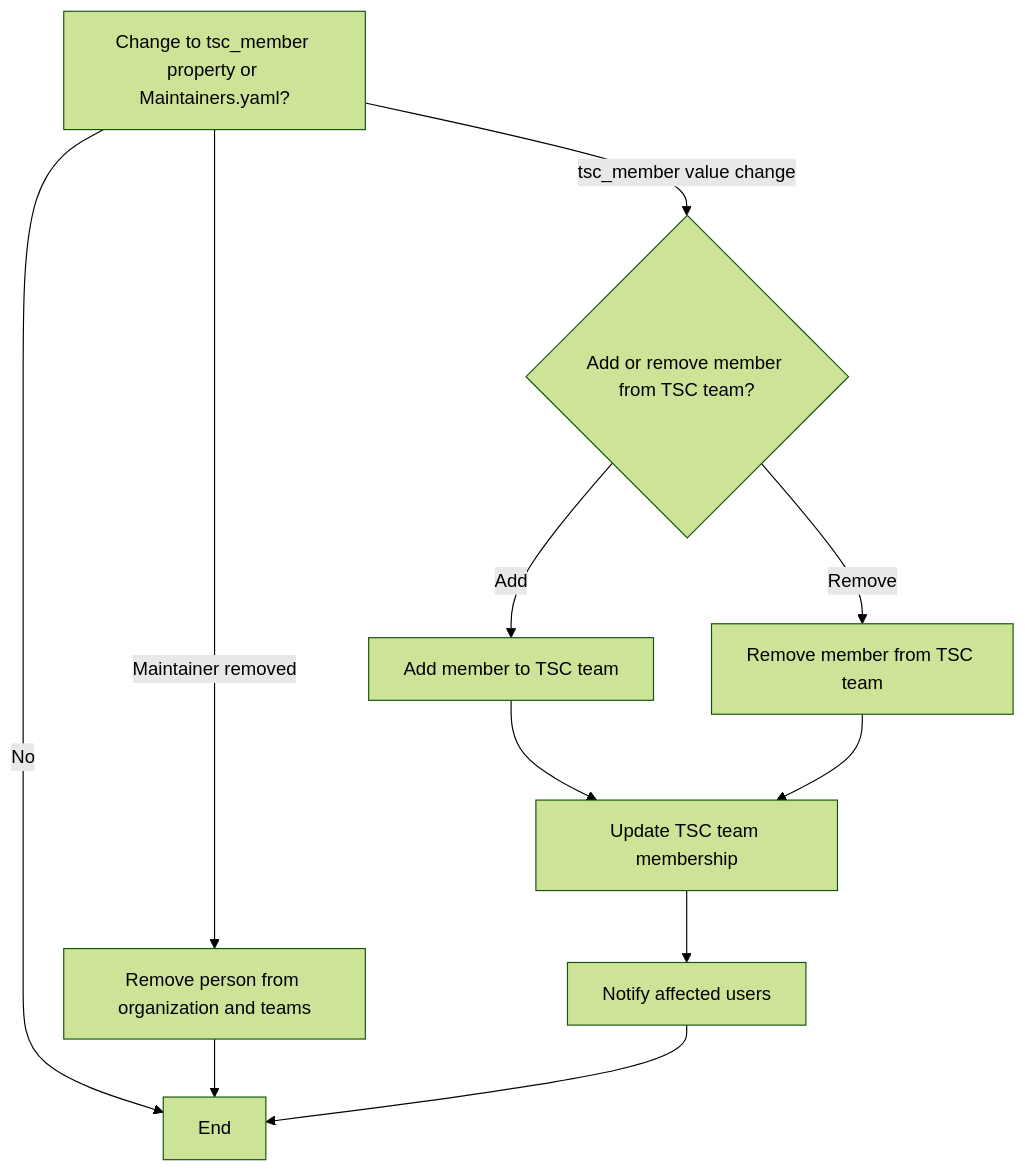
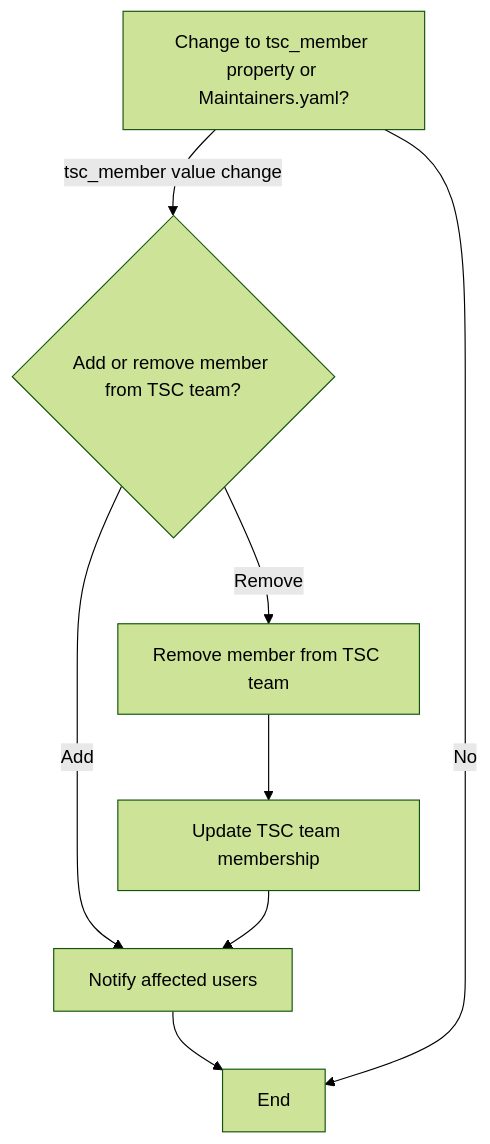
One commit to 14Richa/testRepo1 changed the sixth of 11 diagrams in scripts/README.md. Above: the diagram before and after it, drawn with Mermaid (forest theme).

Commit message:
updated the flowchart

````diff
--- a/scripts/README.md
+++ b/scripts/README.md
@@ -116,15 +116,11 @@
 ```mermaid
 graph TD;
-A[Change to tsc_member property or Maintainers.yaml?] --> |Maintainer removed| B[Remove person from organization and teams];
-A --> |No| E[End];
+A[Change to tsc_member property or Maintainers.yaml?] --> |tsc_member value change| F{Add or remove member from TSC team?};
+F --> |Add| I
 
-B --> E[End];
-
-A --> |tsc_member value change| F{Add or remove member from TSC team?};
-F --> |Add| G[Add member to TSC team];
-G --> H[Update TSC team membership];
-H --> I[Notify affected users];
+H[Update TSC team membership] --> I[Notify affected users];
 I --> E[End];
 F --> |Remove| K[Remove member from TSC team];
-K --> H;
+K --> H; 
+A --> |No| E[End];
 ```
````
